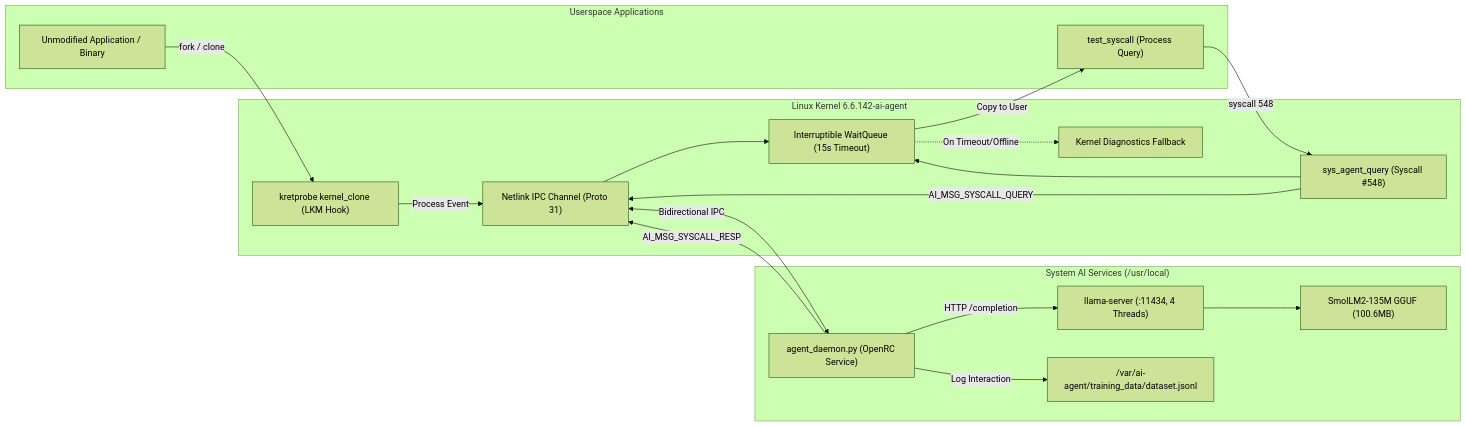
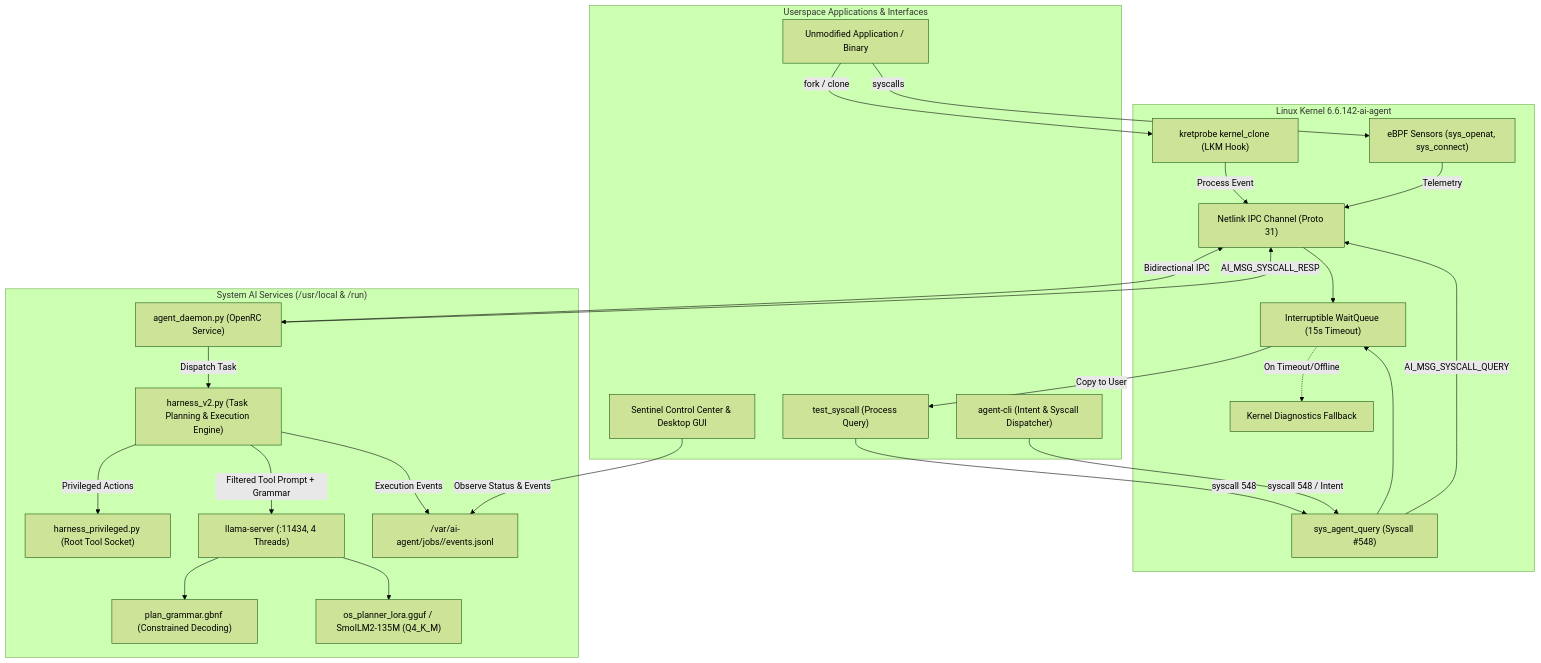
One commit to PushkarP-404/os-ai-agent changed the diagram in README.md. Above: the diagram before and after it, drawn with Mermaid (forest theme). The commit also changed other lines of this file, not shown here.

Commit message:
docs: update README with Harness v2.3 architecture, 38 native tools, and clean ASCII styling

````diff
--- a/README.md
+++ b/README.md
@@ -57,36 +55,49 @@
 ```mermaid
-graph LR
-    subgraph Userspace ["Userspace Applications"]
+graph TD
+    subgraph Userspace ["Userspace Applications & Interfaces"]
         App["Unmodified Application / Binary"]
+        CLI["agent-cli (Intent & Syscall Dispatcher)"]
+        SentinelGUI["Sentinel Control Center & Desktop GUI"]
         TestProg["test_syscall (Process Query)"]
     end
 
     subgraph Kernel ["Linux Kernel 6.6.142-ai-agent"]
         Syscall["sys_agent_query (Syscall #548)"]
         KHook["kretprobe kernel_clone (LKM Hook)"]
+        EBPF["eBPF Sensors (sys_openat, sys_connect)"]
         Netlink["Netlink IPC Channel (Proto 31)"]
         WaitQueue["Interruptible WaitQueue (15s Timeout)"]
         Fallback["Kernel Diagnostics Fallback"]
     end
 
-    subgraph UserServices ["System AI Services (/usr/local)"]
+    subgraph UserServices ["System AI Services (/usr/local & /run)"]
         Daemon["agent_daemon.py (OpenRC Service)"]
+        Harness["harness_v2.py (Task Planning & Execution Engine)"]
+        PrivBroker["harness_privileged.py (Root Tool Socket)"]
         LlamaServer["llama-server (:11434, 4 Threads)"]
-        Model["SmolLM2-135M GGUF (100.6MB)"]
-        Dataset["/var/ai-agent/training_data/dataset.jsonl"]
+        Grammar["plan_grammar.gbnf (Constrained Decoding)"]
+        Model["os_planner_lora.gguf / SmolLM2-135M (Q4_K_M)"]
+        Telemetry["/var/ai-agent/jobs/<id>/events.jsonl"]
     end
 
     TestProg -->|syscall 548| Syscall
+    CLI -->|syscall 548 / Intent| Syscall
     App -->|fork / clone| KHook
+    App -->|syscalls| EBPF
     KHook -->|Process Event| Netlink
+    EBPF -->|Telemetry| Netlink
     Syscall --> WaitQueue
     Syscall -->|AI_MSG_SYSCALL_QUERY| Netlink
     Netlink <-->|Bidirectional IPC| Daemon
-    Daemon -->|HTTP /completion| LlamaServer
+    Daemon -->|Dispatch Task| Harness
+    Harness -->|Filtered Tool Prompt + Grammar| LlamaServer
+    LlamaServer --> Grammar
     LlamaServer --> Model
+    Harness -->|Privileged Actions| PrivBroker
+    Harness -->|Execution Events| Telemetry
     Daemon -->|AI_MSG_SYSCALL_RESP| Netlink
     Netlink --> WaitQueue
     WaitQueue -->|Copy to User| TestProg
     WaitQueue -.->|On Timeout/Offline| Fallback
-    Daemon -->|Log Interaction| Dataset
+    SentinelGUI -->|Observe Status & Events| Telemetry
 ```
````
